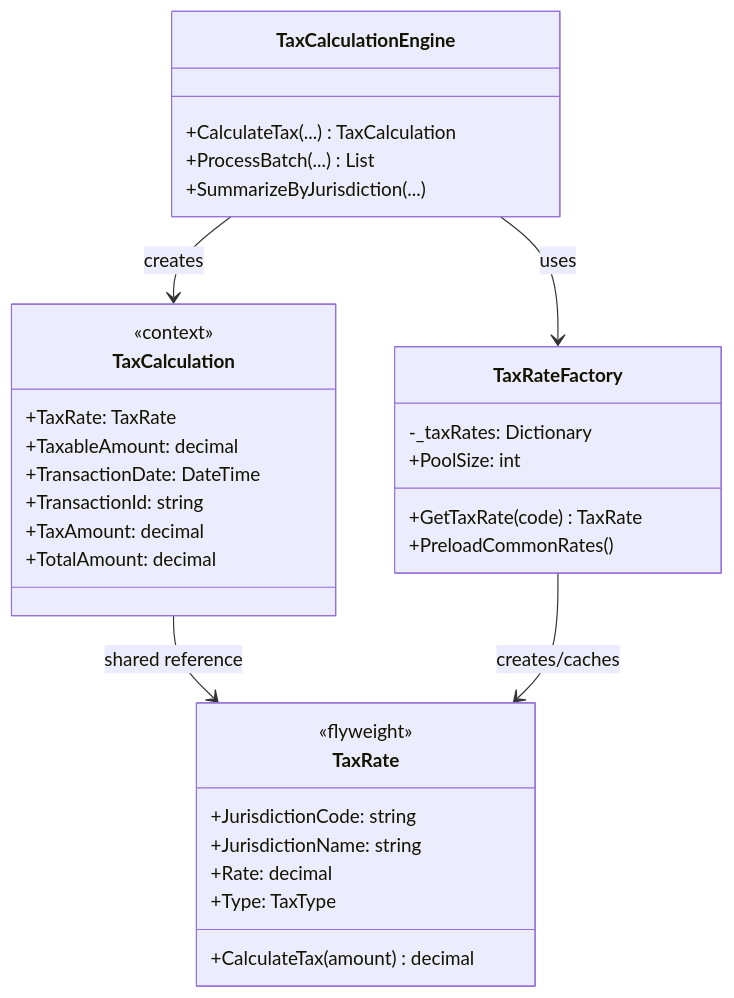
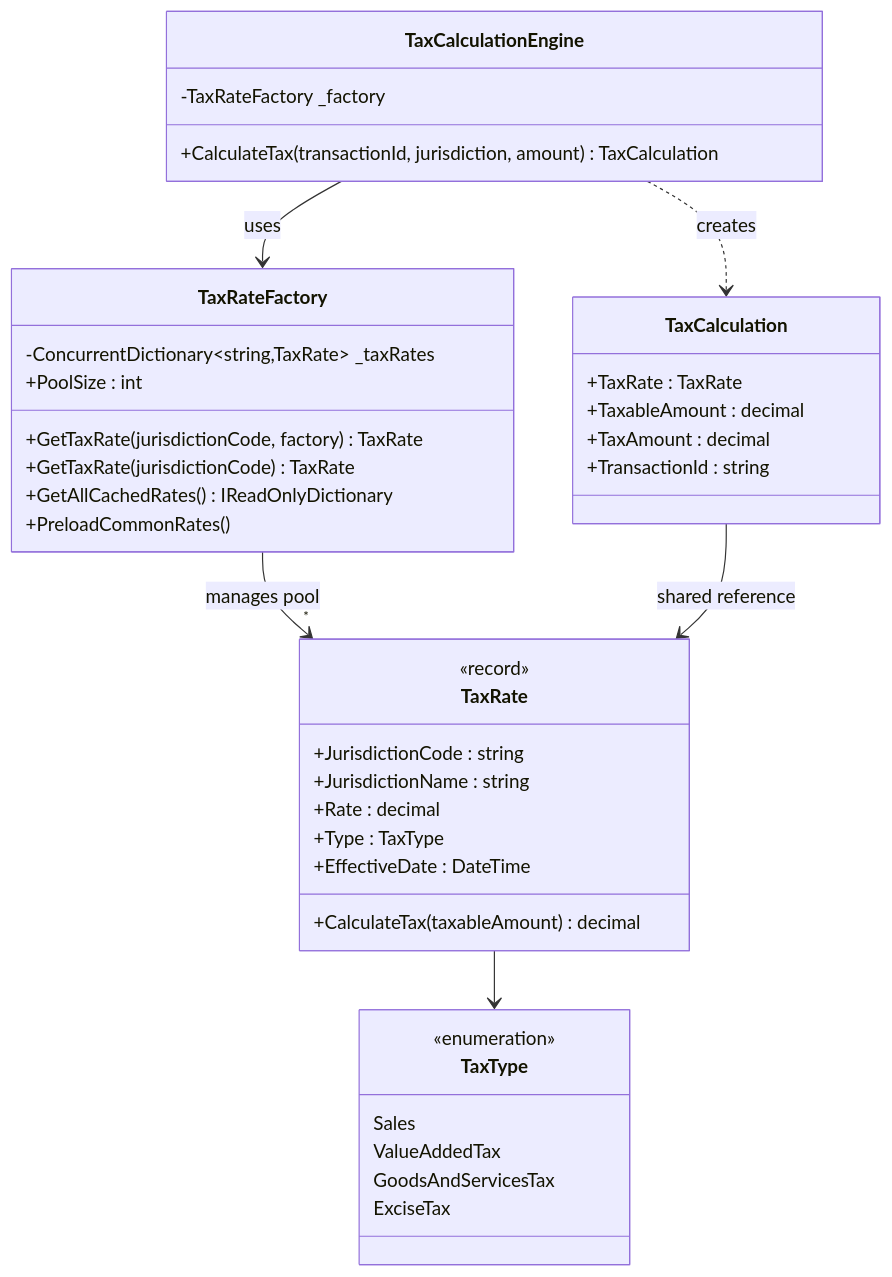
One commit to senapatisantosh/DotnetAdvanceDesignPattern changed the first of 2 diagrams in src/DesignPatterns.Structural/Flyweight/README.md. Above: the diagram before and after it, drawn with Mermaid. The commit also changed other lines of this file, not shown here.

First line of the commit message:
fix: update Flyweight README

````diff
--- a/src/DesignPatterns.Structural/Flyweight/README.md
+++ b/src/DesignPatterns.Structural/Flyweight/README.md
@@ -91,39 +72,47 @@
 ```mermaid
 classDiagram
     class TaxRate {
-        <<flyweight>>
-        +JurisdictionCode: string
-        +JurisdictionName: string
-        +Rate: decimal
-        +Type: TaxType
-        +CalculateTax(amount) decimal
+        <<record>>
+        +JurisdictionCode : string
+        +JurisdictionName : string
+        +Rate : decimal
+        +Type : TaxType
+        +EffectiveDate : DateTime
+        +CalculateTax(taxableAmount) decimal
+    }
+
+    class TaxRateFactory {
+        -ConcurrentDictionary~string,TaxRate~ _taxRates
+        +GetTaxRate(jurisdictionCode, factory) TaxRate
+        +GetTaxRate(jurisdictionCode) TaxRate
+        +PoolSize : int
+        +GetAllCachedRates() IReadOnlyDictionary
+        +PreloadCommonRates()
     }
 
     class TaxCalculation {
-        <<context>>
-        +TaxRate: TaxRate
-        +TaxableAmount: decimal
-        +TransactionDate: DateTime
-        +TransactionId: string
-        +TaxAmount: decimal
-        +TotalAmount: decimal
-    }
-
-    class TaxRateFactory {
-        -_taxRates: Dictionary
-        +GetTaxRate(code) TaxRate
-        +PoolSize: int
-        +PreloadCommonRates()
+        +TaxRate : TaxRate
+        +TaxableAmount : decimal
+        +TaxAmount : decimal
+        +TransactionId : string
     }
 
     class TaxCalculationEngine {
-        +CalculateTax(...) TaxCalculation
-        +ProcessBatch(...) List
-        +SummarizeByJurisdiction(...)
+        -TaxRateFactory _factory
+        +CalculateTax(transactionId, jurisdiction, amount) TaxCalculation
     }
 
+    class TaxType {
+        <<enumeration>>
+        Sales
+        ValueAddedTax
+        GoodsAndServicesTax
+        ExciseTax
+    }
+
+    TaxRateFactory --> "*" TaxRate : manages pool
     TaxCalculation --> TaxRate : shared reference
-    TaxRateFactory --> TaxRate : creates/caches
     TaxCalculationEngine --> TaxRateFactory : uses
-    TaxCalculationEngine --> TaxCalculation : creates
+    TaxCalculationEngine ..> TaxCalculation : creates
+    TaxRate --> TaxType
 ```
````
